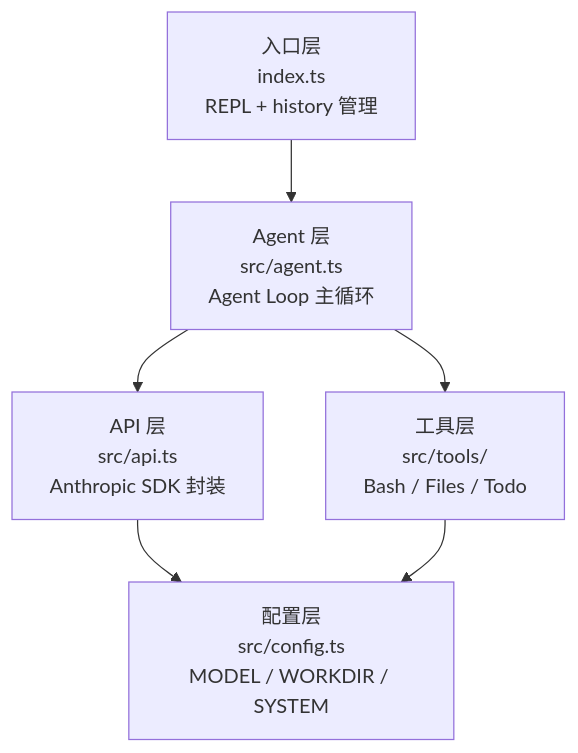
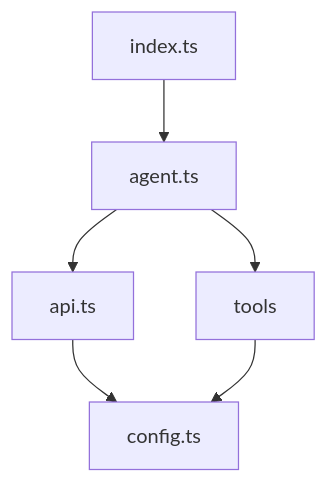
One commit to nangongwentian-fe/steven changed the first of 2 diagrams in docs-site/chapters/overview.md. Above: the diagram before and after it, drawn with Mermaid. The commit also changed other lines of this file and 7 other files, not shown here.

Commit message:
feat(docs): add mermaid rendering support

````diff
--- a/docs-site/chapters/overview.md
+++ b/docs-site/chapters/overview.md
@@ -7,8 +7,8 @@
 ```mermaid
 flowchart TD
-    A["入口层\nindex.ts\nREPL + history 管理"] --> B["Agent 层\nsrc/agent.ts\nAgent Loop 主循环"]
-    B --> C["API 层\nsrc/api.ts\nAnthropic SDK 封装"]
-    B --> D["工具层\nsrc/tools/\nBash / Files / Todo"]
-    C --> E["配置层\nsrc/config.ts\nMODEL / WORKDIR / SYSTEM"]
+    A[index.ts] --> B[agent.ts]
+    B --> C[api.ts]
+    B --> D[tools]
+    C --> E[config.ts]
     D --> E
 ```
````
